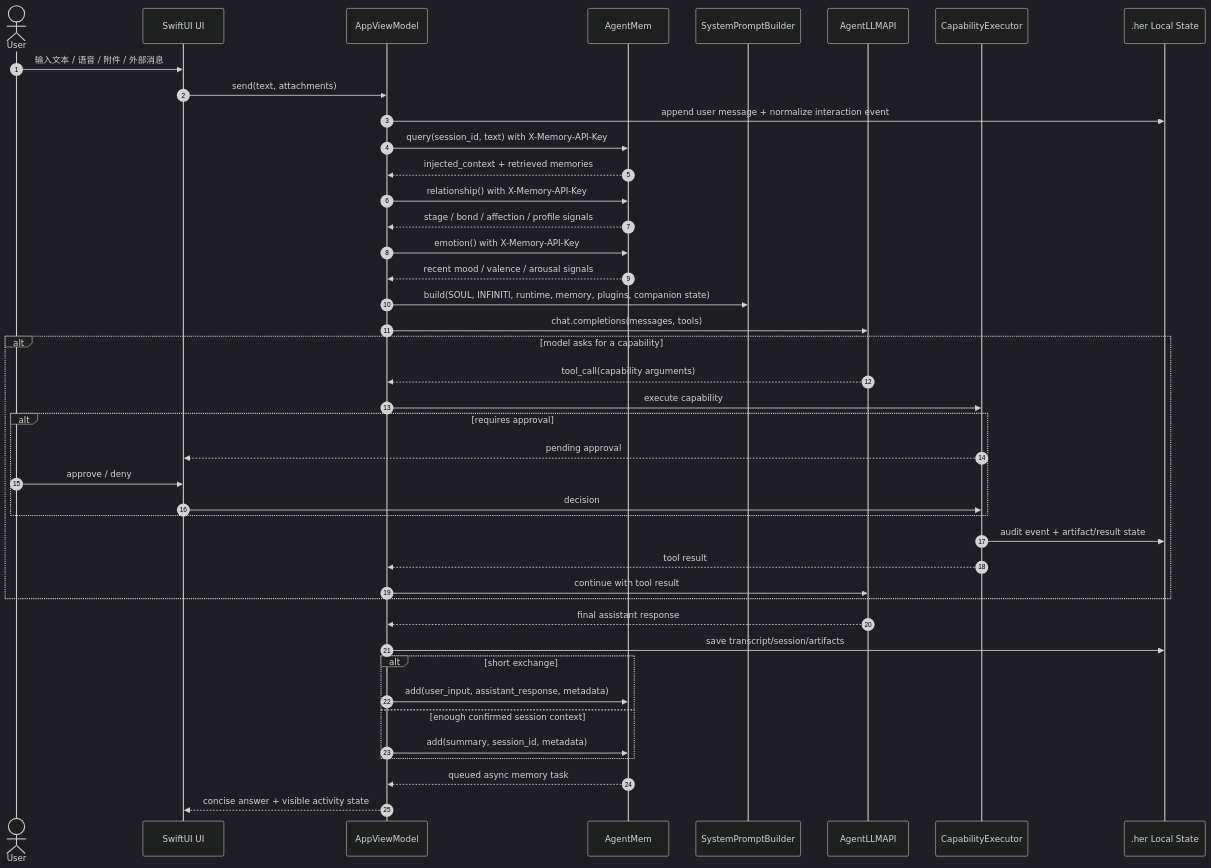
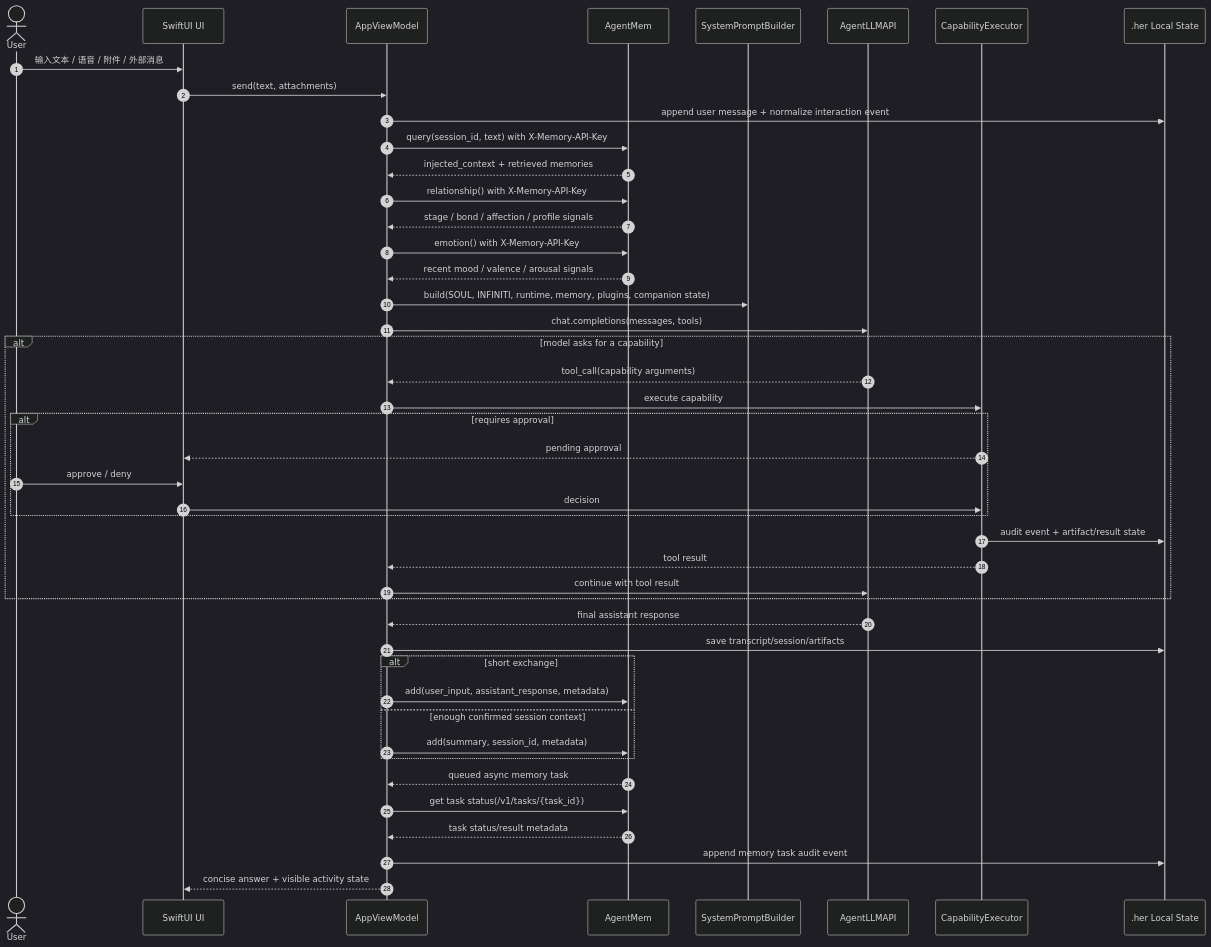
One commit to stelee410/her-desktop changed the sixth of 7 diagrams in docs/her-desktop-architecture.md. Above: the diagram before and after it, drawn with Mermaid (dark theme). The commit also changed 7 other files, not shown here.

Commit message:
Track AgentMem writeback task status

````diff
--- a/docs/her-desktop-architecture.md
+++ b/docs/her-desktop-architecture.md
@@ -332,45 +332,48 @@
 ```mermaid
 sequenceDiagram
     autonumber
     actor U as User
     participant UI as SwiftUI UI
     participant VM as AppViewModel
     participant MEM as AgentMem
     participant PB as SystemPromptBuilder
     participant LLM as AgentLLMAPI
     participant EX as CapabilityExecutor
     participant APP as .her Local State
 
     U->>UI: 输入文本 / 语音 / 附件 / 外部消息
     UI->>VM: send(text, attachments)
     VM->>APP: append user message + normalize interaction event
     VM->>MEM: query(session_id, text) with X-Memory-API-Key
     MEM-->>VM: injected_context + retrieved memories
     VM->>MEM: relationship() with X-Memory-API-Key
     MEM-->>VM: stage / bond / affection / profile signals
     VM->>MEM: emotion() with X-Memory-API-Key
     MEM-->>VM: recent mood / valence / arousal signals
     VM->>PB: build(SOUL, INFINITI, runtime, memory, plugins, companion state)
     VM->>LLM: chat.completions(messages, tools)
     alt model asks for a capability
         LLM-->>VM: tool_call(capability arguments)
         VM->>EX: execute capability
         alt requires approval
             EX-->>UI: pending approval
             U->>UI: approve / deny
             UI->>EX: decision
         end
         EX->>APP: audit event + artifact/result state
         EX-->>VM: tool result
         VM->>LLM: continue with tool result
     end
     LLM-->>VM: final assistant response
     VM->>APP: save transcript/session/artifacts
     alt short exchange
         VM->>MEM: add(user_input, assistant_response, metadata)
     else enough confirmed session context
         VM->>MEM: add(summary, session_id, metadata)
     end
     MEM-->>VM: queued async memory task
+    VM->>MEM: get task status(/v1/tasks/{task_id})
+    MEM-->>VM: task status/result metadata
+    VM->>APP: append memory task audit event
     VM-->>UI: concise answer + visible activity state
 ```
````
